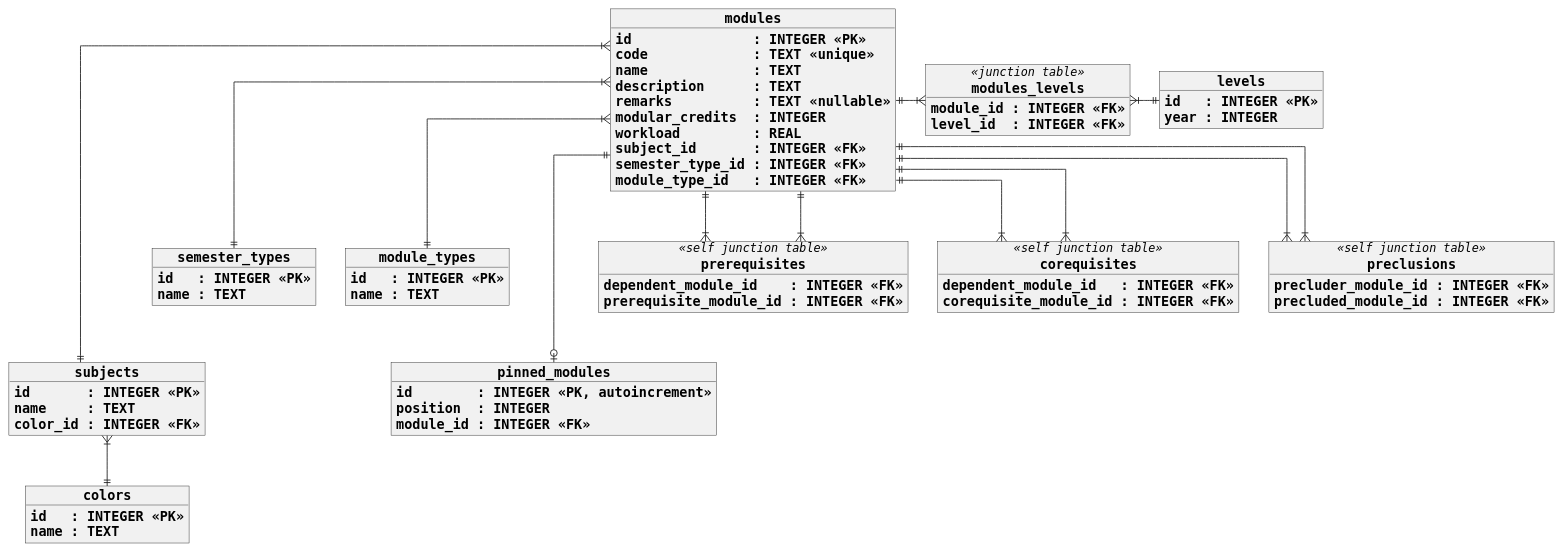
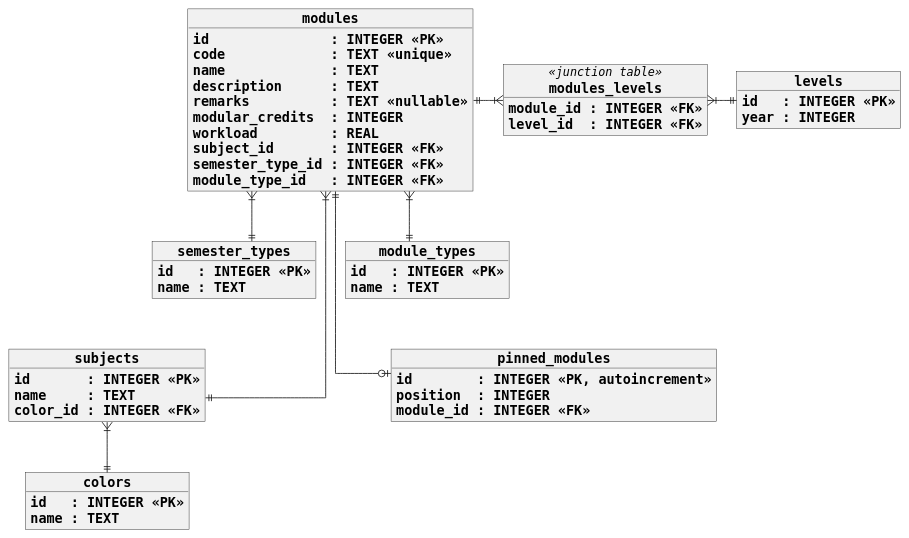
One commit to cervonwong/nush-modules changed the diagram in puml/database.puml. Above: the diagram before and after it, drawn with PlantUML.

Commit message:
Remove prereq, coreq, and preclu tables (#52)

```diff
--- a/puml/database.puml
+++ b/puml/database.puml
@@ -1,96 +1,96 @@
 @startuml
 
 skinparam objectFontName Monospaced
 skinparam objectAttributeFontName Monospaced
 skinparam objectStereotypeFontName Monospaced
 
 skinparam objectAttributeFontSize 16
 skinparam objectFontSize 16
 skinparam objectStereotypeFontSize 14
 
 skinparam objectFontStyle bold
 
 skinparam linetype ortho
 skinparam shadowing false
 
 object modules {
 	id               : INTEGER <<PK>>
 	code             : TEXT <<unique>>
 	name             : TEXT
 	description      : TEXT
 	remarks          : TEXT <<nullable>>
 	modular_credits  : INTEGER
 	workload         : REAL
 	subject_id       : INTEGER <<FK>>
 	semester_type_id : INTEGER <<FK>>
 	module_type_id   : INTEGER <<FK>>
 }
 
 object subjects {
 	id       : INTEGER <<PK>>
 	name     : TEXT
 	color_id : INTEGER <<FK>>
 }
 
 object colors {
 	id   : INTEGER <<PK>>
 	name : TEXT
 }
 
 object semester_types {
 	id   : INTEGER <<PK>>
 	name : TEXT
 }
 
 object levels {
 	id   : INTEGER <<PK>>
 	year : INTEGER
 }
 
 object modules_levels <<junction table>> {
 	module_id : INTEGER <<FK>>
 	level_id  : INTEGER <<FK>>
 }
 
 object module_types {
 	id   : INTEGER <<PK>>
 	name : TEXT
 }
 
 object pinned_modules {
 	id        : INTEGER <<PK, autoincrement>>
 	position  : INTEGER
 	module_id : INTEGER <<FK>>
 }
 
 modules }|---|| subjects
 subjects }|--|| colors
 modules }|--|| semester_types
 modules ||-|{ modules_levels
 modules_levels }|-|| levels
 modules }|--|| module_types
 modules ||---o| pinned_modules
 
-object prerequisites <<self junction table>> {
-	dependent_module_id    : INTEGER <<FK>>
-	prerequisite_module_id : INTEGER <<FK>>
-}
-
-object corequisites <<self junction table>> {
-	dependent_module_id   : INTEGER <<FK>>
-	corequisite_module_id : INTEGER <<FK>>
-}
-
-object preclusions <<self junction table>> {
-	precluder_module_id : INTEGER <<FK>>
-	precluded_module_id : INTEGER <<FK>>
-}
-
-modules ||--|{ prerequisites
-prerequisites }|--|| modules
-modules ||--|{ corequisites
-corequisites }|--|| modules
-modules ||--|{ preclusions
-preclusions }|--|| modules
+'object prerequisites <<self junction table>> {
+'	dependent_module_id    : INTEGER <<FK>>
+'	prerequisite_module_id : INTEGER <<FK>>
+'}
+'
+'object corequisites <<self junction table>> {
+'	dependent_module_id   : INTEGER <<FK>>
+'	corequisite_module_id : INTEGER <<FK>>
+'}
+'
+'object preclusions <<self junction table>> {
+'	precluder_module_id : INTEGER <<FK>>
+'	precluded_module_id : INTEGER <<FK>>
+'}
+'
+'modules ||--|{ prerequisites
+'prerequisites }|--|| modules
+'modules ||--|{ corequisites
+'corequisites }|--|| modules
+'modules ||--|{ preclusions
+'preclusions }|--|| modules
 
 @enduml
```
